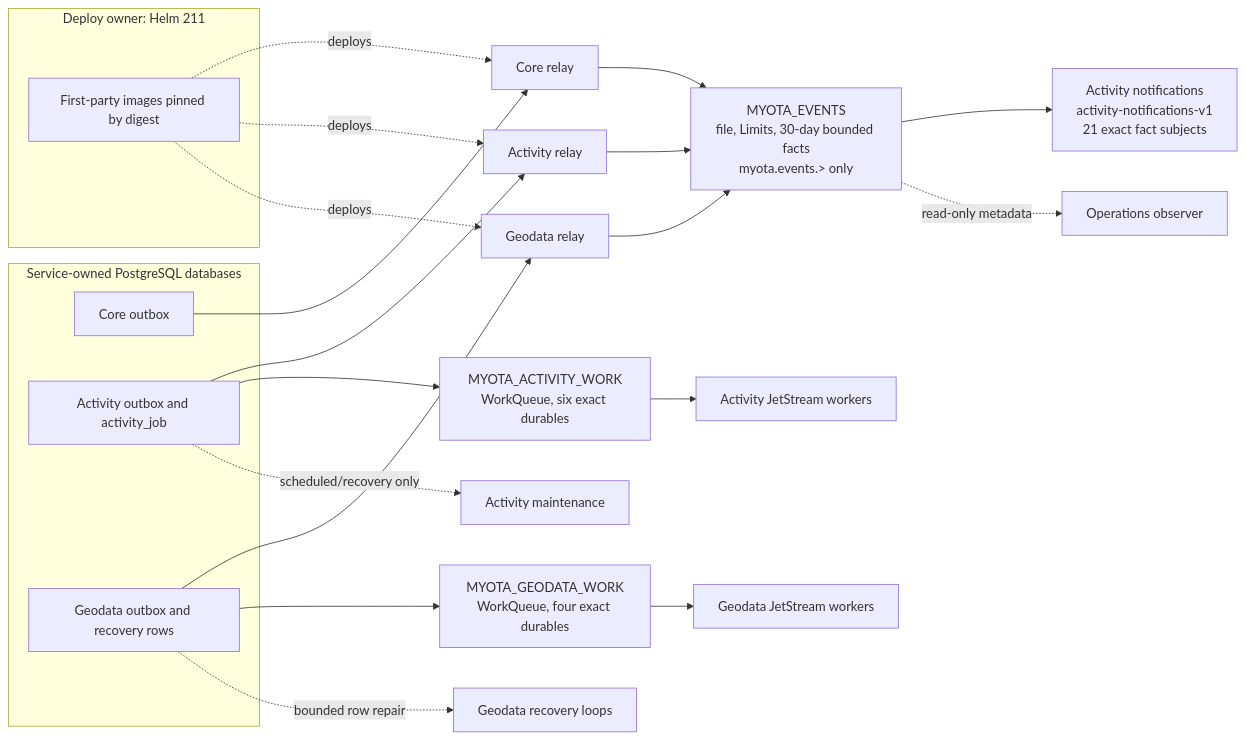
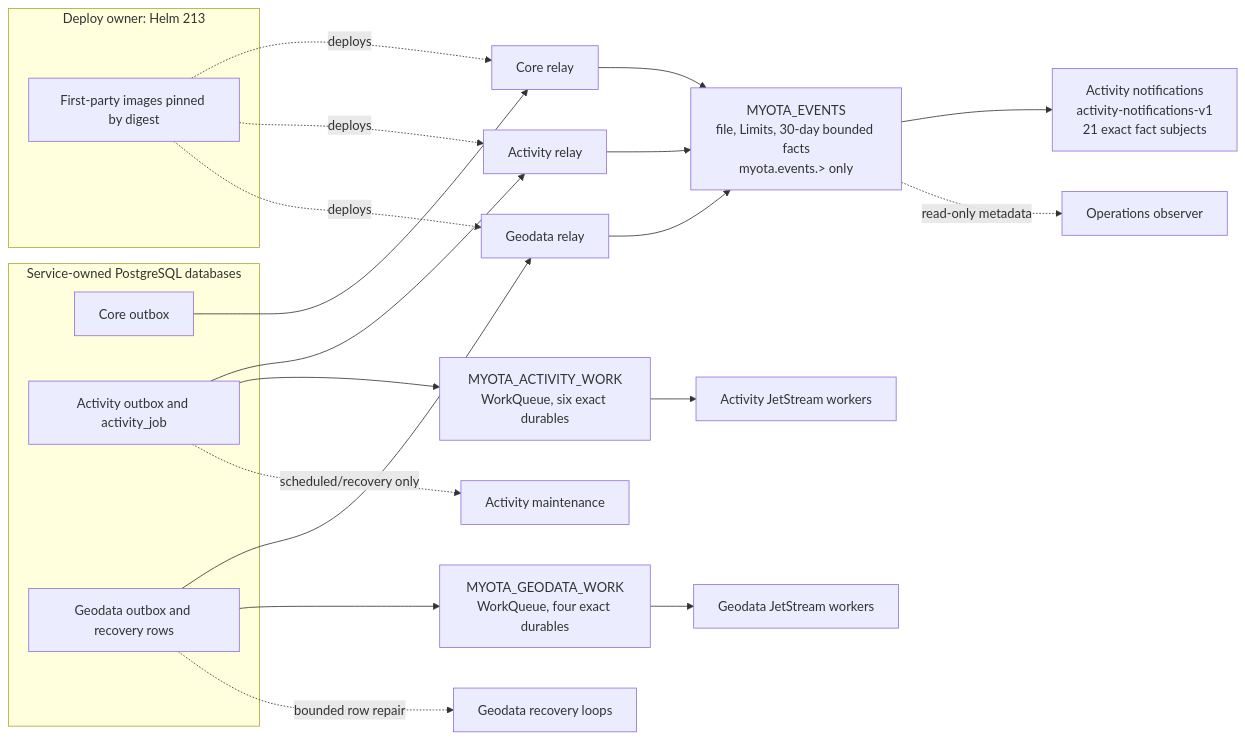
One commit to myota-platform/myota-docs changed the first of 3 diagrams in docs/architecture/diagrams/nats-event-migration.md. Above: the diagram before and after it, drawn with Mermaid. The commit also changed other lines of this file, not shown here.

Commit message:
docs(architecture): reflect final nats rollout revision

````diff
--- a/docs/architecture/diagrams/nats-event-migration.md
+++ b/docs/architecture/diagrams/nats-event-migration.md
@@ -20,28 +20,28 @@
 ```mermaid
 flowchart LR
   subgraph DB[Service-owned PostgreSQL databases]
     C[Core outbox]
     A[Activity outbox and activity_job]
     G[Geodata outbox and recovery rows]
   end
-  subgraph DEPLOY[Deploy owner: Helm 211]
+  subgraph DEPLOY[Deploy owner: Helm 213]
     IMG[First-party images pinned by digest]
   end
   C --> RC[Core relay]
   A --> RA[Activity relay]
   G --> RG[Geodata relay]
   IMG -. deploys .-> RC
   IMG -. deploys .-> RA
   IMG -. deploys .-> RG
   RC --> E[MYOTA_EVENTS<br/>file, Limits, 30-day bounded facts<br/>myota.events.&gt; only]
   RA --> E
   RG --> E
   E --> N[Activity notifications<br/>activity-notifications-v1<br/>21 exact fact subjects]
   A --> AS[MYOTA_ACTIVITY_WORK<br/>WorkQueue, six exact durables]
   G --> GS[MYOTA_GEODATA_WORK<br/>WorkQueue, four exact durables]
   AS --> AW[Activity JetStream workers]
   GS --> GW[Geodata JetStream workers]
   A -. scheduled/recovery only .-> AR[Activity maintenance]
   G -. bounded row repair .-> GR[Geodata recovery loops]
   E -. read-only metadata .-> O[Operations observer]
 ```
````
